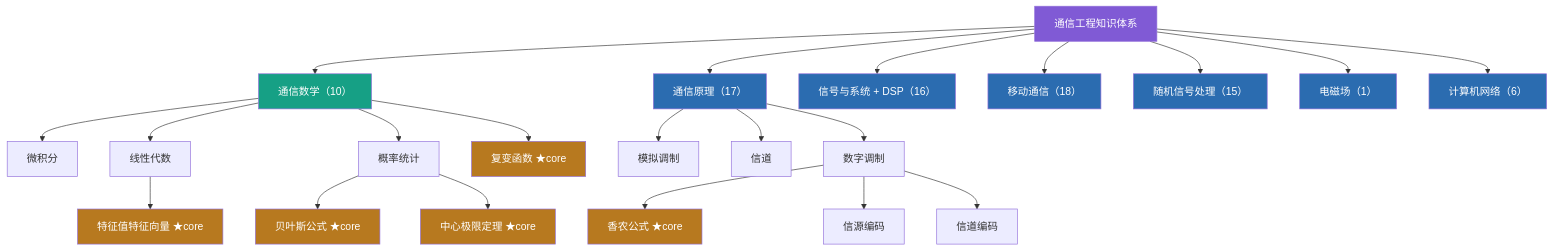
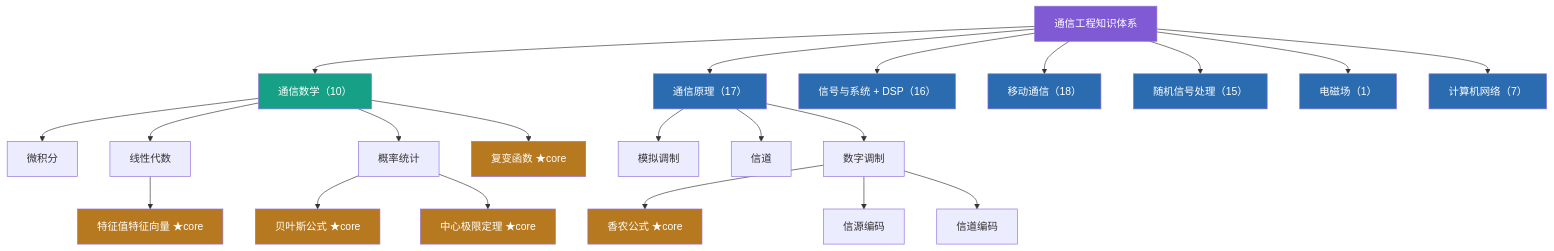
Before and after one commit to Baixiaodou/comm-knowledge-graph: the fourth of 11 diagrams in README.md, drawn with Mermaid. The commit also changed other lines of this file and 9 other files, not shown here.

Commit message:
feat: 计网树补 net-core hub（85 节点 / 20 hub）；F17 期望 root->net-core；统计与文档同步

````diff
--- a/README.md
+++ b/README.md
@@ -266,39 +266,39 @@
 ```mermaid
 flowchart TB
     ROOT[通信工程知识体系] --> MATH[通信数学（10）]
     ROOT --> COMM[通信原理（17）]
     ROOT --> DSP[信号与系统 + DSP（16）]
     ROOT --> MOB[移动通信（18）]
     ROOT --> RSP[随机信号处理（15）]
     ROOT --> EMF[电磁场（1）]
-    ROOT --> NET[计算机网络（6）]
+    ROOT --> NET[计算机网络（7）]
 
     MATH --> M1[微积分]
     MATH --> M2[线性代数]
     M2 --> M21[特征值特征向量 ★core]
     MATH --> M3[概率统计]
     M3 --> M31[贝叶斯公式 ★core]
     M3 --> M32[中心极限定理 ★core]
     MATH --> M4[复变函数 ★core]
 
     COMM --> C1[模拟调制]
     COMM --> C2[信道]
     COMM --> C3[数字调制]
     C3 --> C31[香农公式 ★core]
     C3 --> C32[信源编码]
     C3 --> C33[信道编码]
 
     style ROOT fill:#805ad5,color:#fff
     style MATH fill:#16a085,color:#fff
     style COMM fill:#2b6cb0,color:#fff
     style DSP fill:#2b6cb0,color:#fff
     style MOB fill:#2b6cb0,color:#fff
     style RSP fill:#2b6cb0,color:#fff
     style EMF fill:#2b6cb0,color:#fff
     style NET fill:#2b6cb0,color:#fff
     style M21 fill:#b7791f,color:#fff
     style M31 fill:#b7791f,color:#fff
     style M32 fill:#b7791f,color:#fff
     style M4 fill:#b7791f,color:#fff
     style C31 fill:#b7791f,color:#fff
 ```
````
